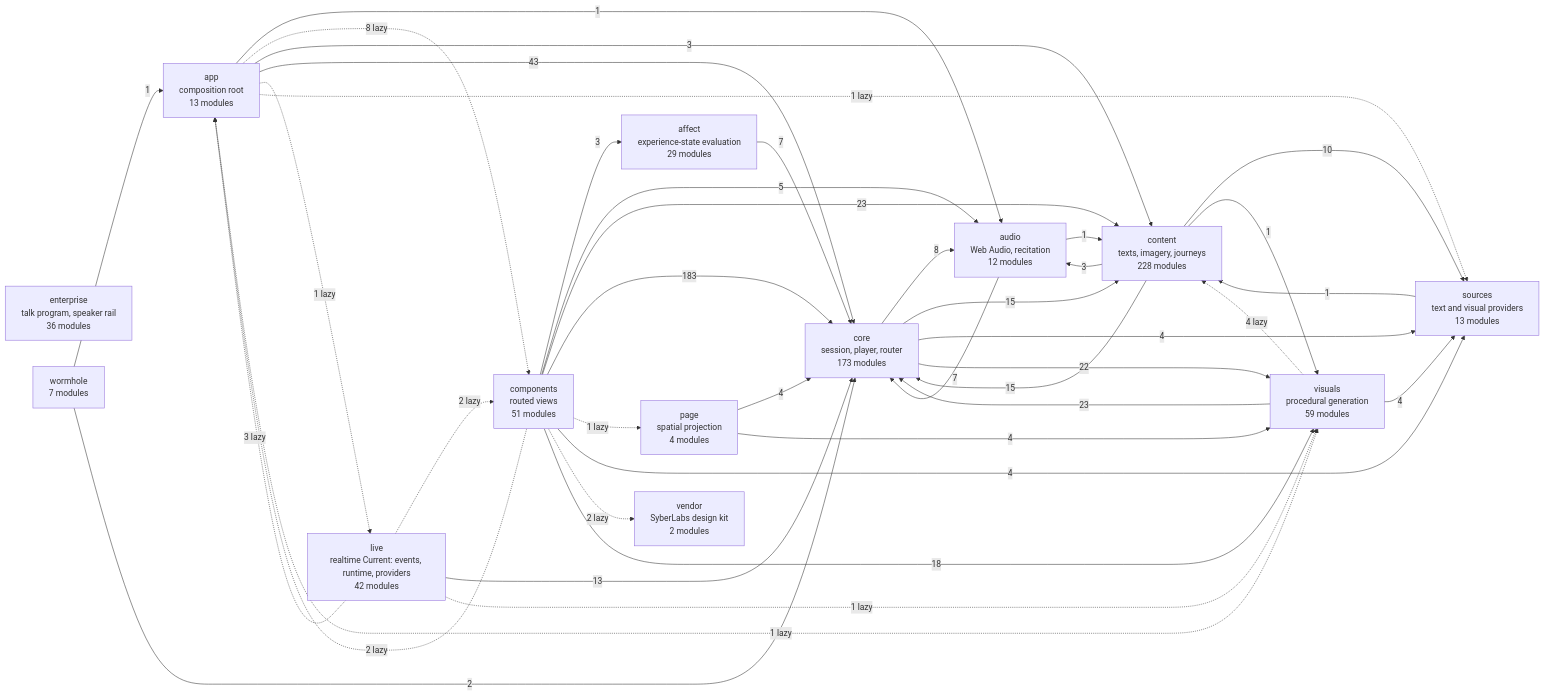
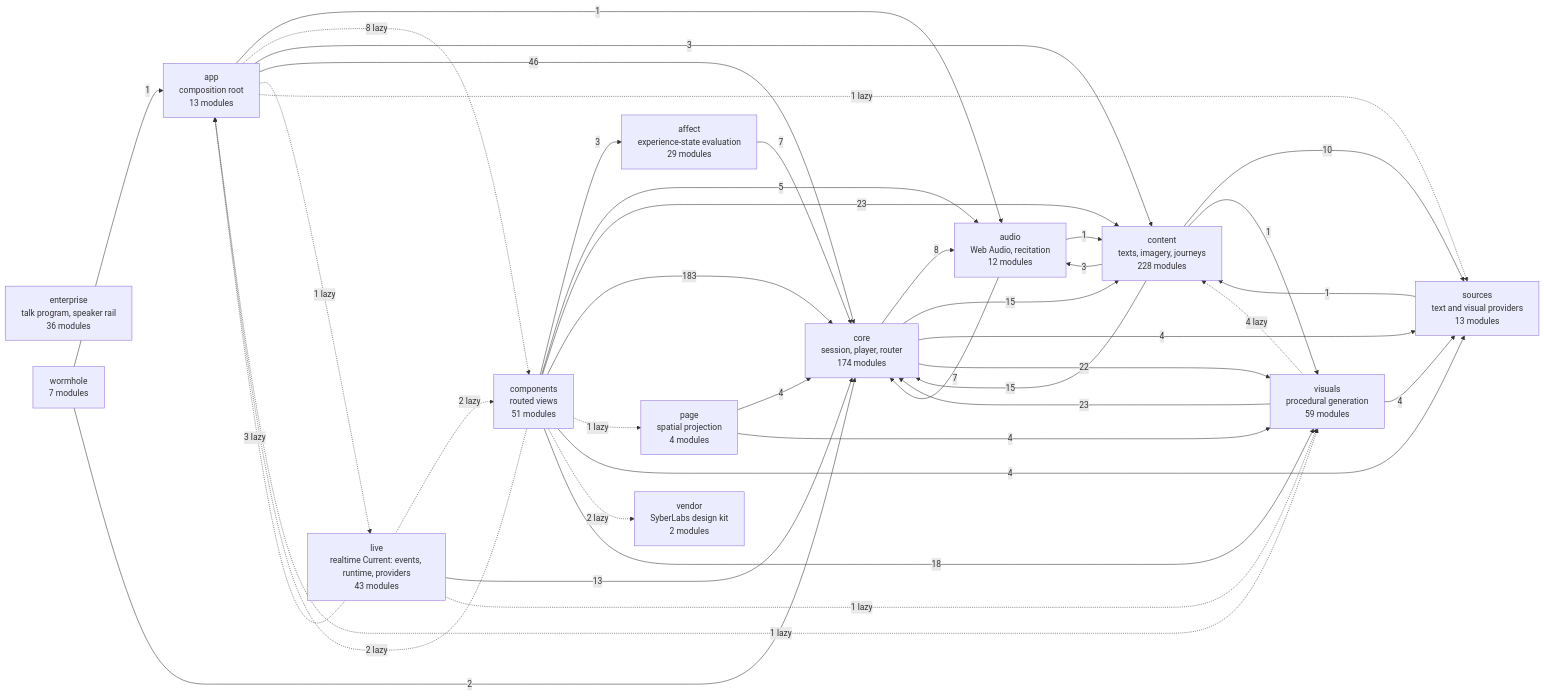
One commit to SyberLabs/RISE changed the diagram in docs/specs/ARCHITECTURE.md. Above: the diagram before and after it, drawn with Mermaid.

Commit message:
LIVE-010: regenerate the architecture diagram

````diff
--- a/docs/specs/ARCHITECTURE.md
+++ b/docs/specs/ARCHITECTURE.md
@@ -154,56 +154,56 @@
 ```mermaid
 flowchart LR
     affect["affect<br/>experience-state evaluation<br/>29 modules"]
     app["app<br/>composition root<br/>13 modules"]
     audio["audio<br/>Web Audio, recitation<br/>12 modules"]
     components["components<br/>routed views<br/>51 modules"]
     content["content<br/>texts, imagery, journeys<br/>228 modules"]
-    core["core<br/>session, player, router<br/>173 modules"]
+    core["core<br/>session, player, router<br/>174 modules"]
     enterprise["enterprise<br/>talk program, speaker rail<br/>36 modules"]
-    live["live<br/>realtime Current: events, runtime, providers<br/>42 modules"]
+    live["live<br/>realtime Current: events, runtime, providers<br/>43 modules"]
     page["page<br/>spatial projection<br/>4 modules"]
     sources["sources<br/>text and visual providers<br/>13 modules"]
     vendor["vendor<br/>SyberLabs design kit<br/>2 modules"]
     visuals["visuals<br/>procedural generation<br/>59 modules"]
     wormhole["wormhole<br/>7 modules"]
 
     affect --> |7| core
     app --> |1| audio
     app -.-> |8 lazy| components
     app --> |3| content
-    app --> |43| core
+    app --> |46| core
     app -.-> |1 lazy| live
     app -.-> |1 lazy| sources
     app -.-> |1 lazy| visuals
     audio --> |1| content
     audio --> |7| core
     components --> |3| affect
     components -.-> |2 lazy| app
     components --> |5| audio
     components --> |23| content
     components --> |183| core
     components -.-> |1 lazy| page
     components --> |4| sources
     components -.-> |2 lazy| vendor
     components --> |18| visuals
     content --> |3| audio
     content --> |15| core
     content --> |10| sources
     content --> |1| visuals
     core --> |8| audio
     core --> |15| content
     core --> |4| sources
     core --> |22| visuals
     live -.-> |3 lazy| app
     live -.-> |2 lazy| components
     live --> |13| core
     live -.-> |1 lazy| visuals
     page --> |4| core
     page --> |4| visuals
     sources --> |1| content
     visuals -.-> |4 lazy| content
     visuals --> |23| core
     visuals --> |4| sources
     wormhole --> |1| app
     wormhole --> |2| core
 ```
````
